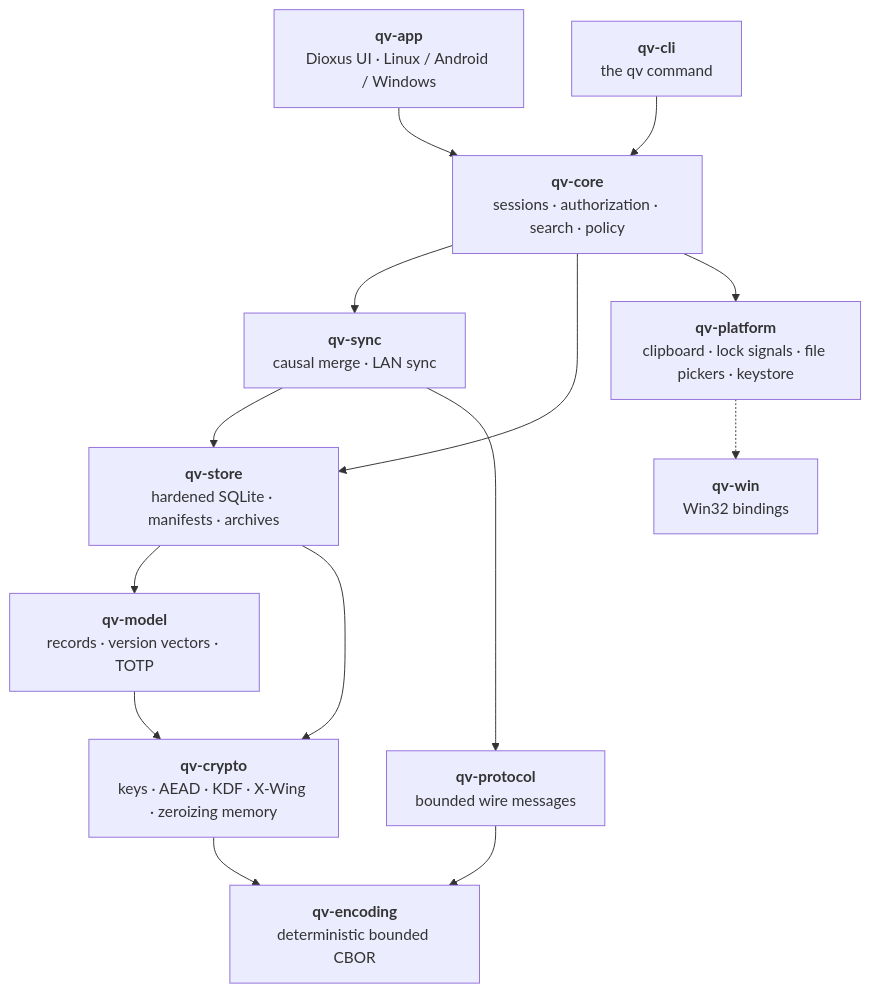
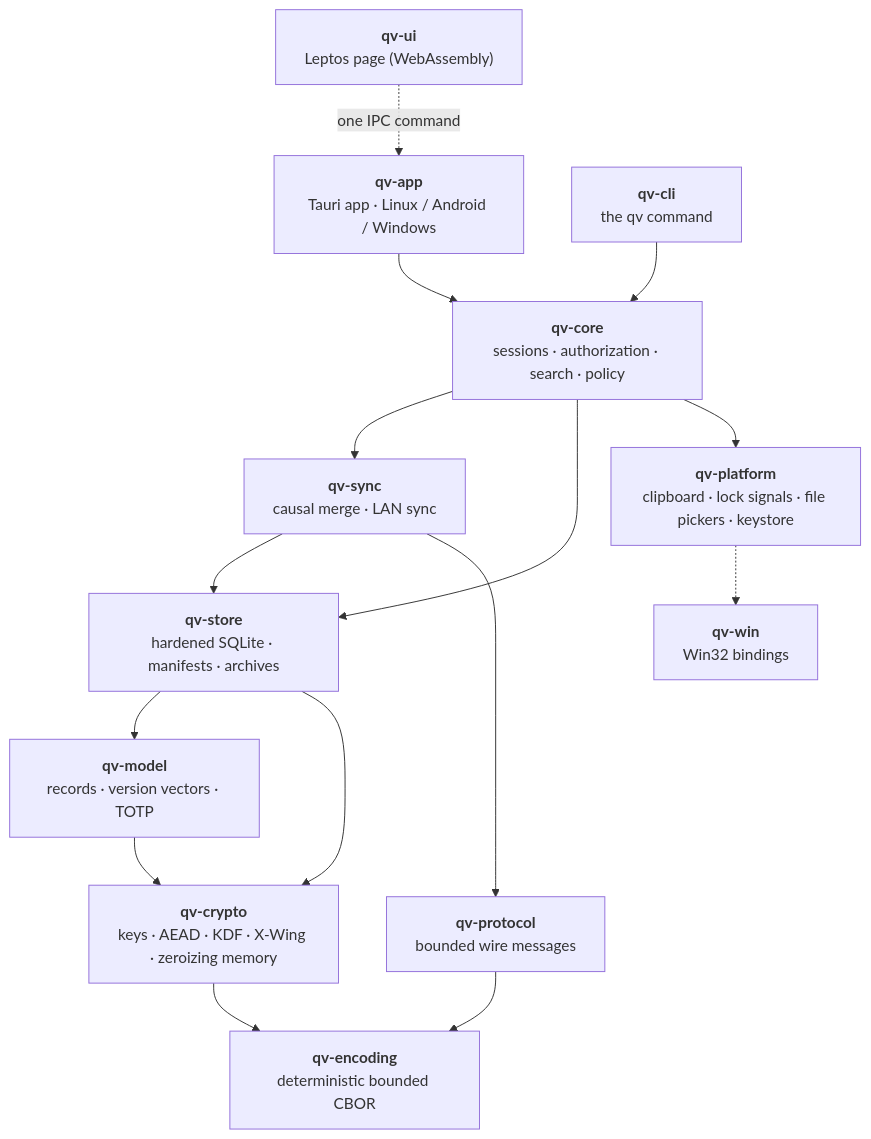
One commit to rdbo/quickvault changed the second of 2 diagrams in README.md. Above: the diagram before and after it, drawn with Mermaid. The commit also changed other lines of this file and 264 other files, not shown here.

Commit message:
tauri and leptos rewrite

````diff
--- a/README.md
+++ b/README.md
@@ -262,28 +266,30 @@
 ```mermaid
 flowchart TD
-    app["<b>qv-app</b><br/>Dioxus UI · Linux / Android / Windows"]
+    page["<b>qv-ui</b><br/>Leptos page (WebAssembly)"]
+    app["<b>qv-app</b><br/>Tauri app · Linux / Android / Windows"]
     cli["<b>qv-cli</b><br/>the qv command"]
     core["<b>qv-core</b><br/>sessions · authorization · search · policy"]
     sync["<b>qv-sync</b><br/>causal merge · LAN sync"]
     store["<b>qv-store</b><br/>hardened SQLite · manifests · archives"]
     model["<b>qv-model</b><br/>records · version vectors · TOTP"]
     protocol["<b>qv-protocol</b><br/>bounded wire messages"]
     crypto["<b>qv-crypto</b><br/>keys · AEAD · KDF · X-Wing · zeroizing memory"]
     platform["<b>qv-platform</b><br/>clipboard · lock signals · file pickers · keystore"]
     win["<b>qv-win</b><br/>Win32 bindings"]
     encoding["<b>qv-encoding</b><br/>deterministic bounded CBOR"]
 
+    page -. "one IPC command" .-> app
     app --> core
     cli --> core
     core --> sync
     core --> store
     core --> platform
     sync --> store
     sync --> protocol
     store --> model
     store --> crypto
     model --> crypto
     protocol --> encoding
     crypto --> encoding
     platform -.-> win
 ```
````
